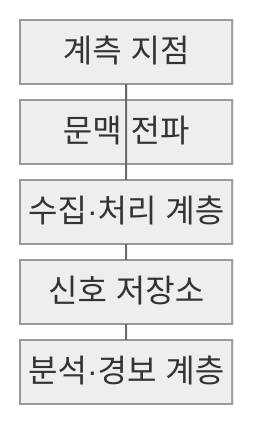
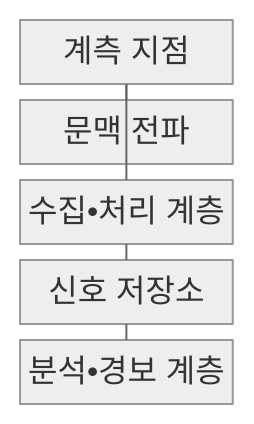
One commit to agnusdei1207/knowledge-base changed the first of 2 diagrams in src/content/docs/notes/03-software/161_cloud_native_observability.md. Above: the diagram before and after it, drawn with Mermaid (neutral theme). The commit also changed other lines of this file and 953 other files, not shown here.

````diff
--- a/src/content/docs/notes/03-software/161_cloud_native_observability.md
+++ b/src/content/docs/notes/03-software/161_cloud_native_observability.md
@@ -70,13 +70,13 @@
 ```mermaid
 block
     columns 1
     A["계측 지점"]
     B["문맥 전파"]
-    C["수집·처리 계층"]
+    C["수집•처리 계층"]
     D["신호 저장소"]
-    E["분석·경보 계층"]
+    E["분석•경보 계층"]
     A --- B
     A --- C
     C --- D
     D --- E
 ```
````
